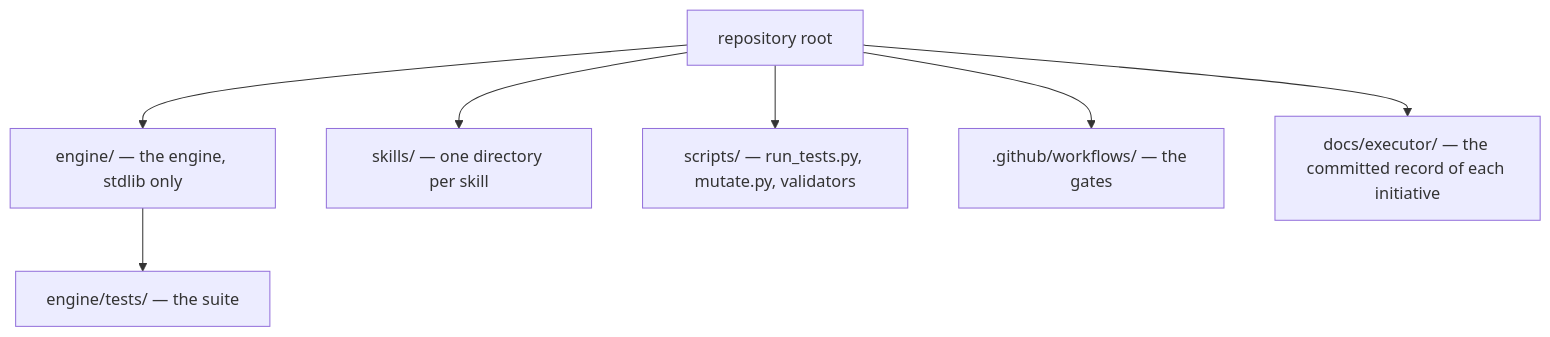
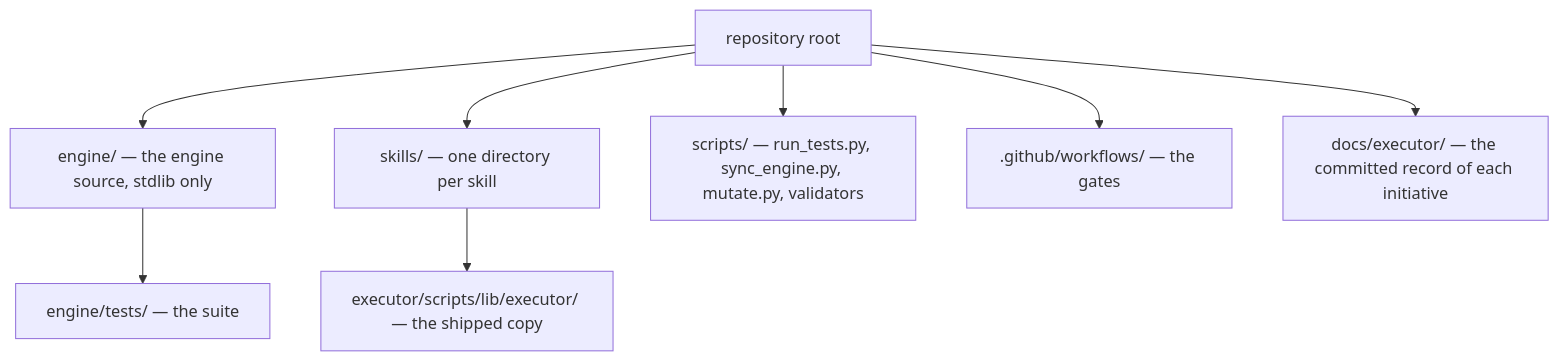
Before and after one commit to Atri10/executor: the seventh of 7 diagrams in README.md, drawn with Mermaid. The commit also changed other lines of this file and 29 other files, not shown here.

First line of the commit message:
feat(skills): ship the engine inside the executor skill (#15)

````diff
--- a/README.md
+++ b/README.md
@@ -529,9 +561,10 @@
 ```mermaid
 flowchart TD
-    R["repository root"] --> E["engine/ — the engine, stdlib only"]
+    R["repository root"] --> E["engine/ — the engine source, stdlib only"]
     R --> S["skills/ — one directory per skill"]
-    R --> SC["scripts/ — run_tests.py, mutate.py, validators"]
+    R --> SC["scripts/ — run_tests.py, sync_engine.py, mutate.py, validators"]
     R --> CI[".github/workflows/ — the gates"]
     R --> DOC["docs/executor/ — the committed record of each initiative"]
     E --> ET["engine/tests/ — the suite"]
+    S --> B["executor/scripts/lib/executor/ — the shipped copy"]
 ```
````
